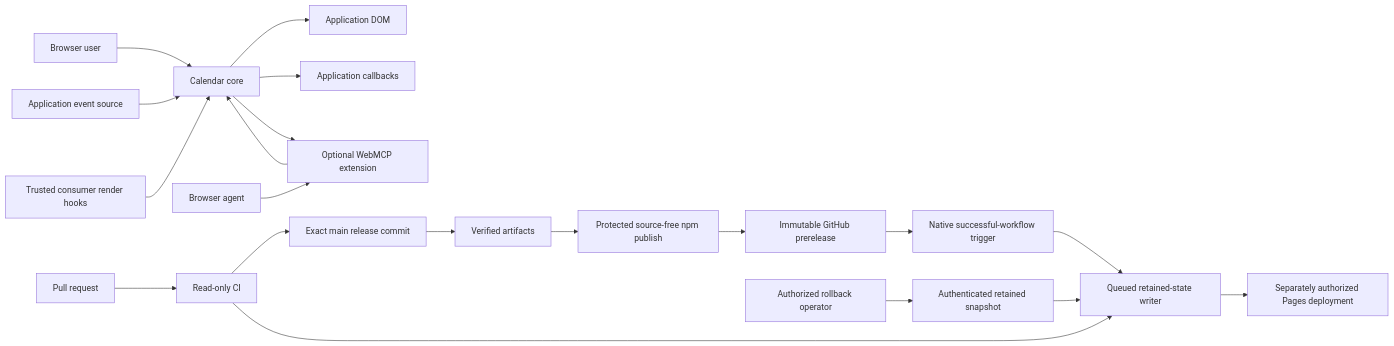
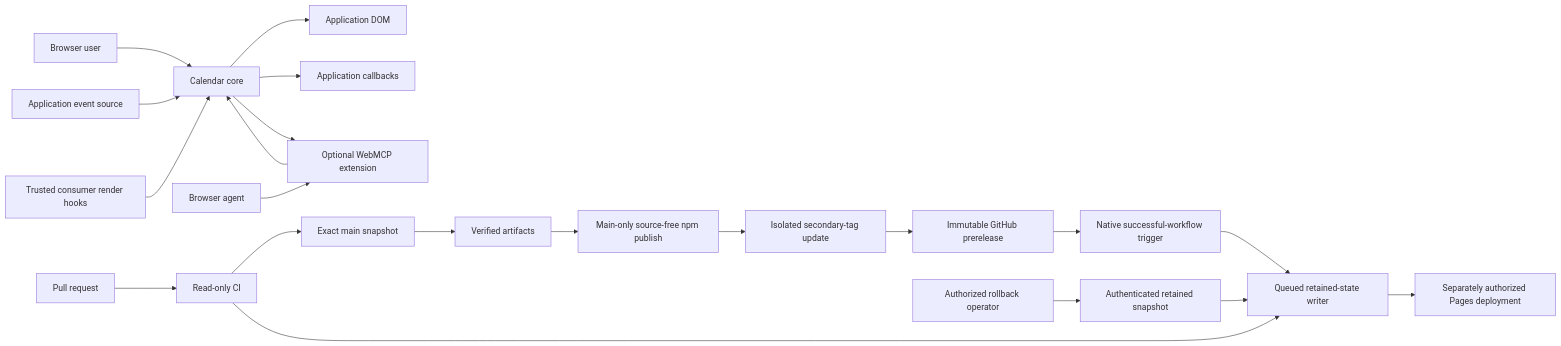
Before and after one commit to tryagaindev/litefold-calendar: the diagram in docs/security-model.md, drawn with Mermaid. The commit also changed other lines of this file and 32 other files, not shown here.

````diff
--- a/docs/security-model.md
+++ b/docs/security-model.md
@@ -46,26 +47,27 @@
 ```mermaid
 flowchart LR
   accTitle: Litefold Calendar runtime and publication trust paths
   accDescr {
-    At runtime, browser users, application event sources, trusted render hooks, and the optional WebMCP extension interact with the calendar core, DOM, and callbacks. Separately, read-only CI verifies the exact main commit and can update the queued retained-state writer directly. Verified artifacts pass through protected npm and an immutable GitHub prerelease before triggering that writer; an authorized rollback may instead supply an authenticated retained snapshot. The writer hands the exact snapshot to a separately authorized Pages deployment.
+    At runtime, browser users, application event sources, trusted render hooks, and the optional WebMCP extension interact with the calendar core, DOM, and callbacks. Separately, read-only CI verifies the exact main commit and can update the queued retained-state writer directly. Verified artifacts pass through main-only trusted npm publication, an isolated secondary-tag update, and an immutable GitHub prerelease before triggering that writer; an authorized rollback may instead supply an authenticated retained snapshot. The writer hands the exact snapshot to a separately authorized Pages deployment.
   }
   U[Browser user] --> C[Calendar core]
   S[Application event source] --> C
   C --> D[Application DOM]
   C --> A[Application callbacks]
   M[Browser agent] --> W[Optional WebMCP extension]
   W --> C
   C --> W
   E[Trusted consumer render hooks] --> C
   P[Pull request] --> V[Read-only CI]
-  V --> R[Exact main release commit]
+  V --> R[Exact main snapshot]
   R --> B[Verified artifacts]
-  B --> N[Protected source-free npm publish]
-  N --> G[Immutable GitHub prerelease]
+  B --> N[Main-only source-free npm publish]
+  N --> L[Isolated secondary-tag update]
+  L --> G[Immutable GitHub prerelease]
   G --> Q[Native successful-workflow trigger]
   V --> X[Queued retained-state writer]
   Q --> X
   O[Authorized rollback operator] --> T[Authenticated retained snapshot]
   T --> X
   X --> H[Separately authorized Pages deployment]
 ```
````
